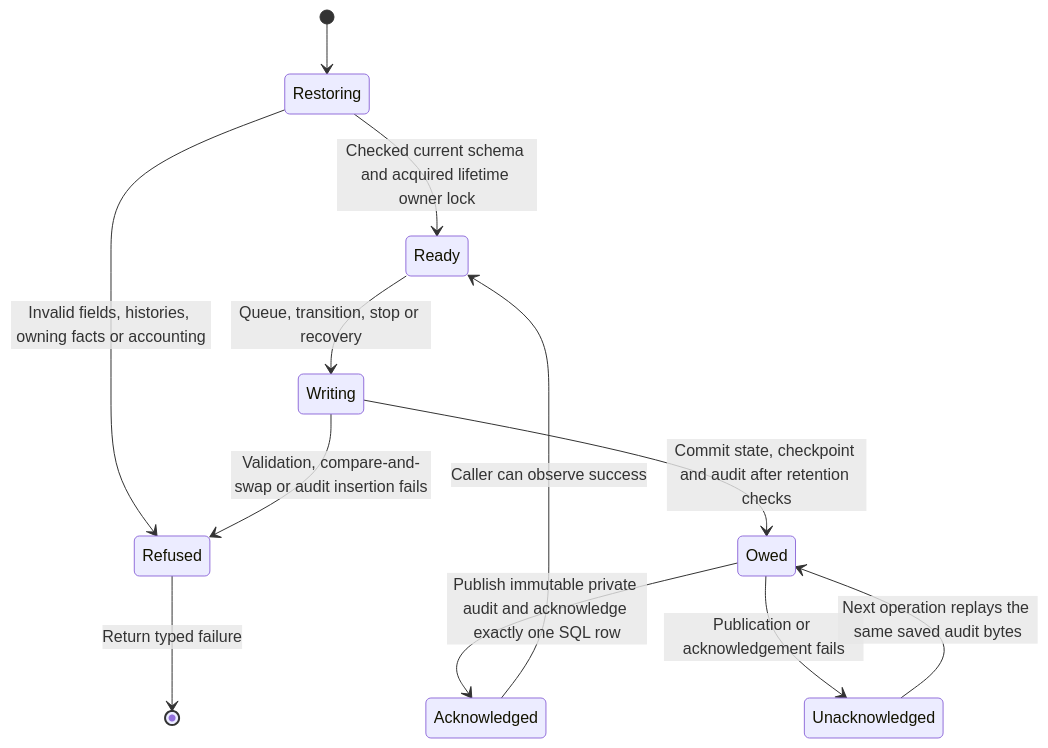
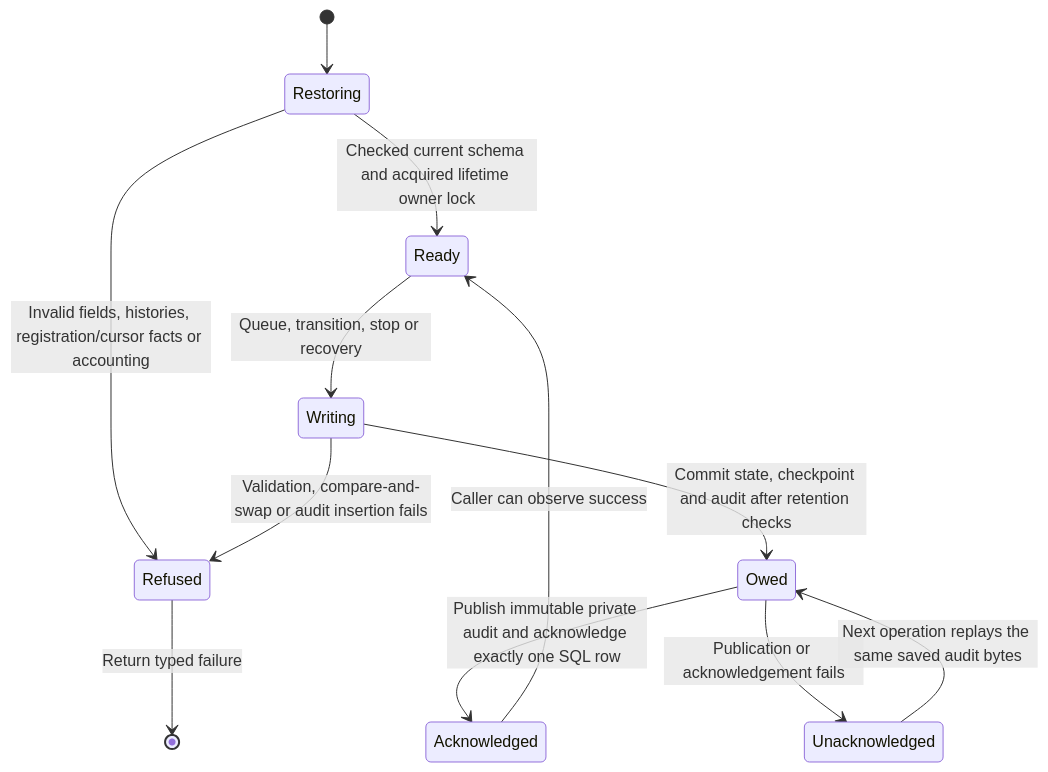
Before and after one commit to nessalabs/nessa-agent: the diagram in docs/state/services/gateway/webhook-outbox.md, drawn with Mermaid. The commit also changed other lines of this file and 14 other files, not shown here.

````diff
--- a/docs/state/services/gateway/webhook-outbox.md
+++ b/docs/state/services/gateway/webhook-outbox.md
@@ -108,14 +111,14 @@
 ```mermaid
 stateDiagram-v2
     [*] --> Restoring
-    Restoring --> Refused: Invalid fields, histories, owning facts or accounting
+    Restoring --> Refused: Invalid fields, histories, registration/cursor facts or accounting
     Restoring --> Ready: Checked current schema and acquired lifetime owner lock
     Ready --> Writing: Queue, transition, stop or recovery
     Writing --> Refused: Validation, compare-and-swap or audit insertion fails
     Writing --> Owed: Commit state, checkpoint and audit after retention checks
     Owed --> Acknowledged: Publish immutable private audit and acknowledge exactly one SQL row
     Owed --> Unacknowledged: Publication or acknowledgement fails
     Unacknowledged --> Owed: Next operation replays the same saved audit bytes
     Acknowledged --> Ready: Caller can observe success
     Refused --> [*]: Return typed failure
 ```
````
